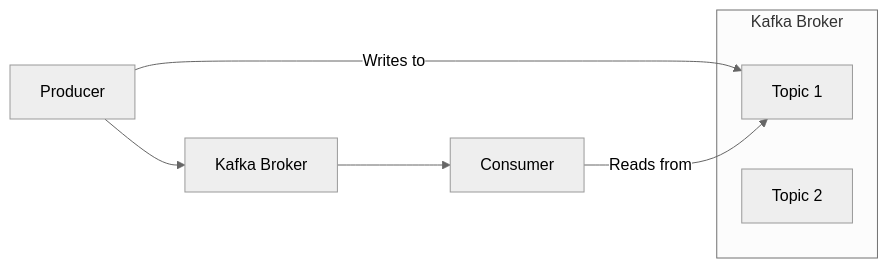
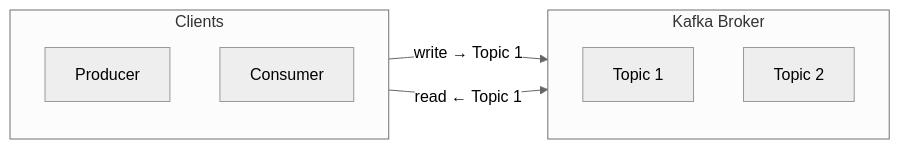
One commit to bouroo/bouroo.github.io changed the first of 4 diagrams in content/posts/dev/messaging-system-comparison/index.en.md. Above: the diagram before and after it, drawn with Mermaid (neutral theme). The commit also changed other lines of this file and 1 other file, not shown here.

```diff
--- a/content/posts/dev/messaging-system-comparison/index.en.md
+++ b/content/posts/dev/messaging-system-comparison/index.en.md
@@ -26,11 +26,21 @@
 {{< mermaid >}}
-graph LR
-    Producer --> Kafka[Kafka Broker]
-    Kafka --> Consumer
-    subgraph Kafka Broker
-        Topic1[Topic 1]
-        Topic2[Topic 2]
-    end
-    Producer -- Writes to --> Topic1
-    Consumer -- Reads from --> Topic1
+flowchart LR
+  %% Define Producer & Consumer
+  subgraph Clients
+    direction TB
+    P[Producer]
+    C[Consumer]
+  end
+
+  %% Define Kafka Broker & Topics
+  subgraph "Kafka Broker"
+    direction TB
+    T1[Topic 1]
+    T2[Topic 2]
+  end
+
+  %% Wire them up with labeled links
+  P -- "write → Topic 1" --> T1
+  C -- "read ← Topic 1" --> T1
+
 {{< /mermaid >}}
```
